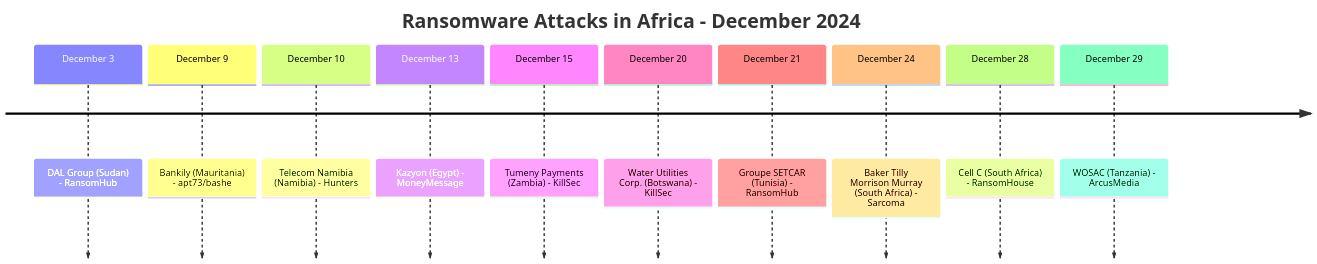
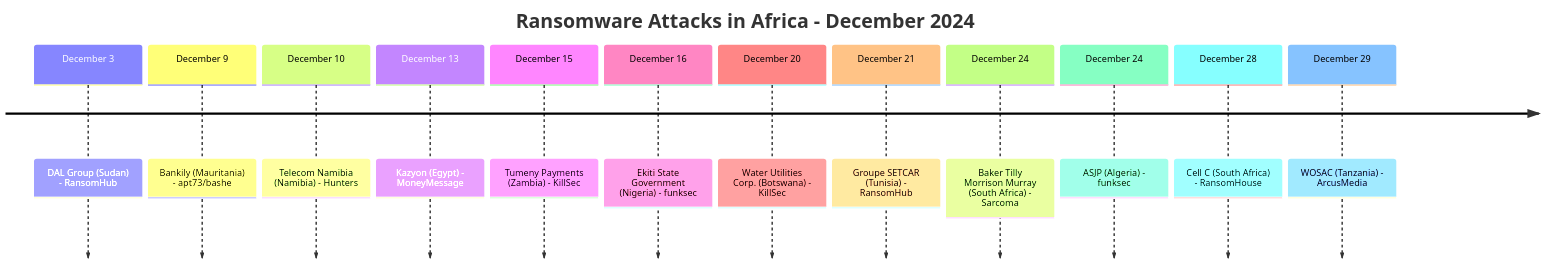
The first of 4 diagrams in CyberAttackAfrica/2024/12-december/README.md (Hatchepsoute/AFRINTEL), drawn with Mermaid before and after one commit. The commit also changed other lines of this file and 255 other files, not shown here.

````diff
--- a/CyberAttackAfrica/2024/12-december/README.md
+++ b/CyberAttackAfrica/2024/12-december/README.md
@@ -41,14 +43,16 @@
 ```mermaid
 timeline
     title Ransomware Attacks in Africa - December 2024
     December 3 : DAL Group (Sudan) - RansomHub
     December 9 : Bankily (Mauritania) - apt73/bashe
     December 10 : Telecom Namibia (Namibia) - Hunters
     December 13 : Kazyon (Egypt) - MoneyMessage
     December 15 : Tumeny Payments (Zambia) - KillSec
+    December 16 : Ekiti State Government (Nigeria) - funksec
     December 20 : Water Utilities Corp. (Botswana) - KillSec
     December 21 : Groupe SETCAR (Tunisia) - RansomHub
     December 24 : Baker Tilly Morrison Murray (South Africa) - Sarcoma
+    December 24 : ASJP (Algeria) - funksec
     December 28 : Cell C (South Africa) - RansomHouse
     December 29 : WOSAC (Tanzania) - ArcusMedia
 ```
````
